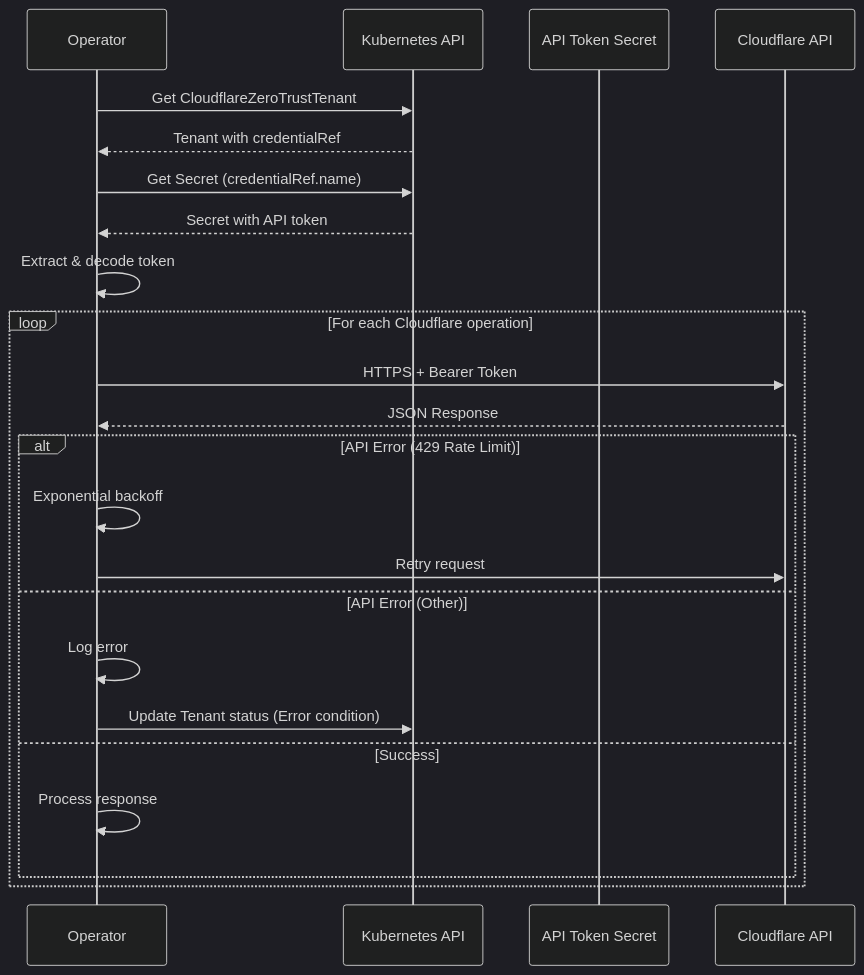
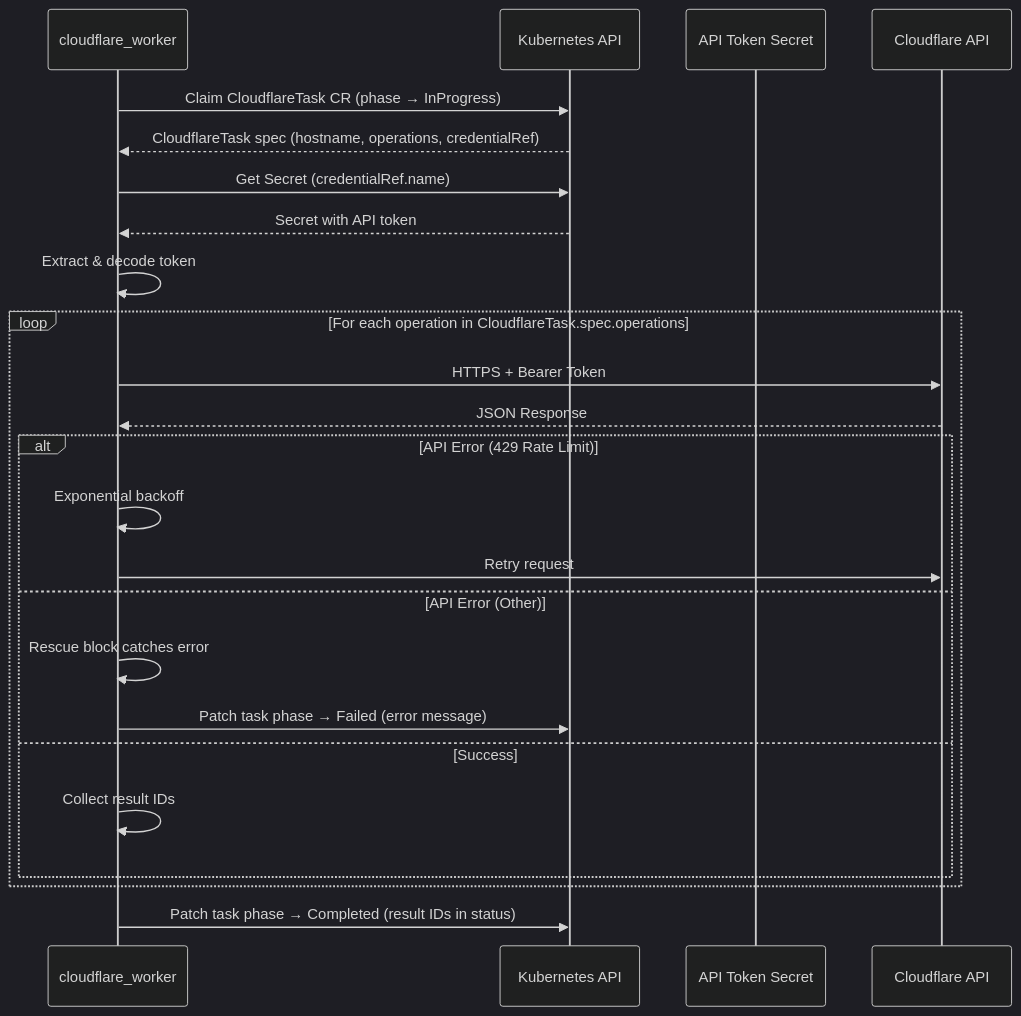
One commit to wheetazlab/cloudflare-zero-trust-operator changed the ninth of 17 diagrams in docs/architecture.md. Above: the diagram before and after it, drawn with Mermaid (dark theme). The commit also changed other lines of this file and 1 other file, not shown here.

````diff
--- a/docs/architecture.md
+++ b/docs/architecture.md
@@ -654,30 +671,32 @@
 ```mermaid
 sequenceDiagram
-    participant Operator
+    participant CW as cloudflare_worker
     participant K8s as Kubernetes API
     participant Secret as API Token Secret
     participant CF as Cloudflare API
     
-    Operator->>K8s: Get CloudflareZeroTrustTenant
-    K8s-->>Operator: Tenant with credentialRef
+    CW->>K8s: Claim CloudflareTask CR (phase → InProgress)
+    K8s-->>CW: CloudflareTask spec (hostname, operations, credentialRef)
     
-    Operator->>K8s: Get Secret (credentialRef.name)
-    K8s-->>Operator: Secret with API token
+    CW->>K8s: Get Secret (credentialRef.name)
+    K8s-->>CW: Secret with API token
     
-    Operator->>Operator: Extract & decode token
+    CW->>CW: Extract & decode token
     
-    loop For each Cloudflare operation
-        Operator->>CF: HTTPS + Bearer Token
-        CF-->>Operator: JSON Response
+    loop For each operation in CloudflareTask.spec.operations
+        CW->>CF: HTTPS + Bearer Token
+        CF-->>CW: JSON Response
         
         alt API Error (429 Rate Limit)
-            Operator->>Operator: Exponential backoff
-            Operator->>CF: Retry request
+            CW->>CW: Exponential backoff
+            CW->>CF: Retry request
         else API Error (Other)
-            Operator->>Operator: Log error
-            Operator->>K8s: Update Tenant status (Error condition)
+            CW->>CW: Rescue block catches error
+            CW->>K8s: Patch task phase → Failed (error message)
         else Success
-            Operator->>Operator: Process response
+            CW->>CW: Collect result IDs
         end
     end
+    
+    CW->>K8s: Patch task phase → Completed (result IDs in status)
 ```
````
